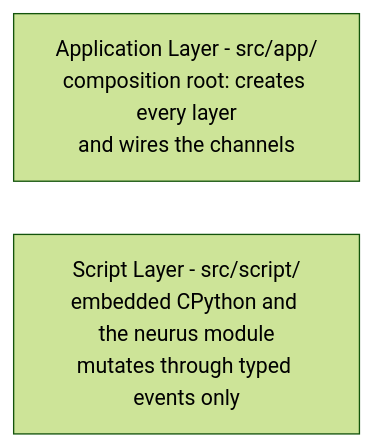
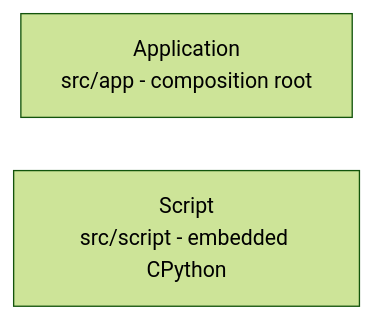
The second of 5 diagrams in docs/architecture/overview.md (XDzZyq/Neurus), drawn with Mermaid (forest theme) before and after one commit. The commit also changed other lines of this file and 14 other files, not shown here.

First line of the commit message:
docs(diagrams): cut node labels to two short lines

````diff
--- a/docs/architecture/overview.md
+++ b/docs/architecture/overview.md
@@ -35,8 +35,8 @@
 ```mermaid
 %%{init: {"flowchart": {"rankSpacing": 40}}}%%
 flowchart TB
-    application["Application Layer - src/app/<br/>composition root: creates every layer<br/>and wires the channels"]
-    script["Script Layer - src/script/<br/>embedded CPython and the neurus module<br/>mutates through typed events only"]
+    application["Application<br/>src/app - composition root"]
+    script["Script<br/>src/script - embedded CPython"]
 
     application ~~~ script
 ```
````
